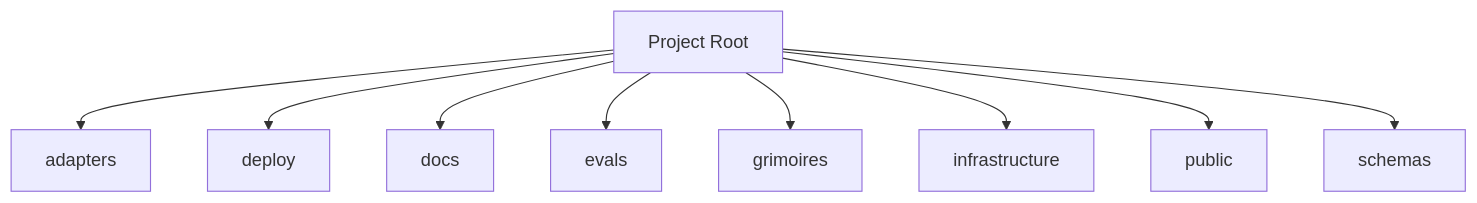
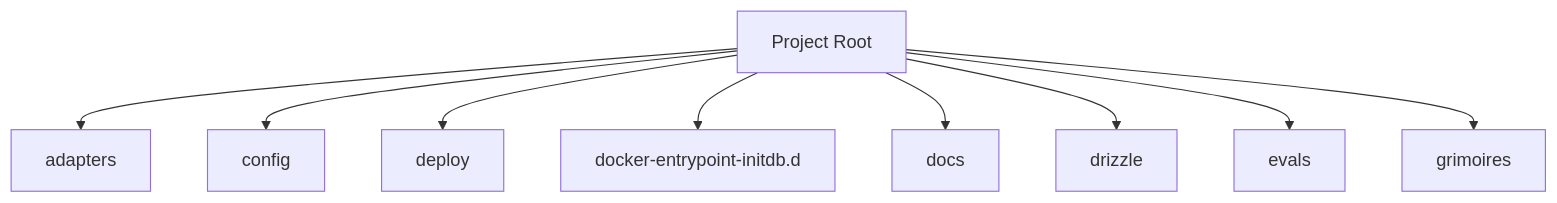
One commit to 0xHoneyJar/loa-finn changed the diagram in BUTTERFREEZONE.md. Above: the diagram before and after it, drawn with Mermaid. The commit also changed other lines of this file and 13 other files, not shown here.

````diff
--- a/BUTTERFREEZONE.md
+++ b/BUTTERFREEZONE.md
@@ -54,20 +56,20 @@
 ```mermaid
 graph TD
     adapters[adapters]
+    config[config]
     deploy[deploy]
+    docker_entrypoint_initdb_d[docker-entrypoint-initdb.d]
     docs[docs]
+    drizzle[drizzle]
     evals[evals]
     grimoires[grimoires]
-    infrastructure[infrastructure]
-    public[public]
-    schemas[schemas]
     Root[Project Root]
     Root --> adapters
+    Root --> config
     Root --> deploy
+    Root --> docker_entrypoint_initdb_d
     Root --> docs
+    Root --> drizzle
     Root --> evals
     Root --> grimoires
-    Root --> infrastructure
-    Root --> public
-    Root --> schemas
 ```
````
